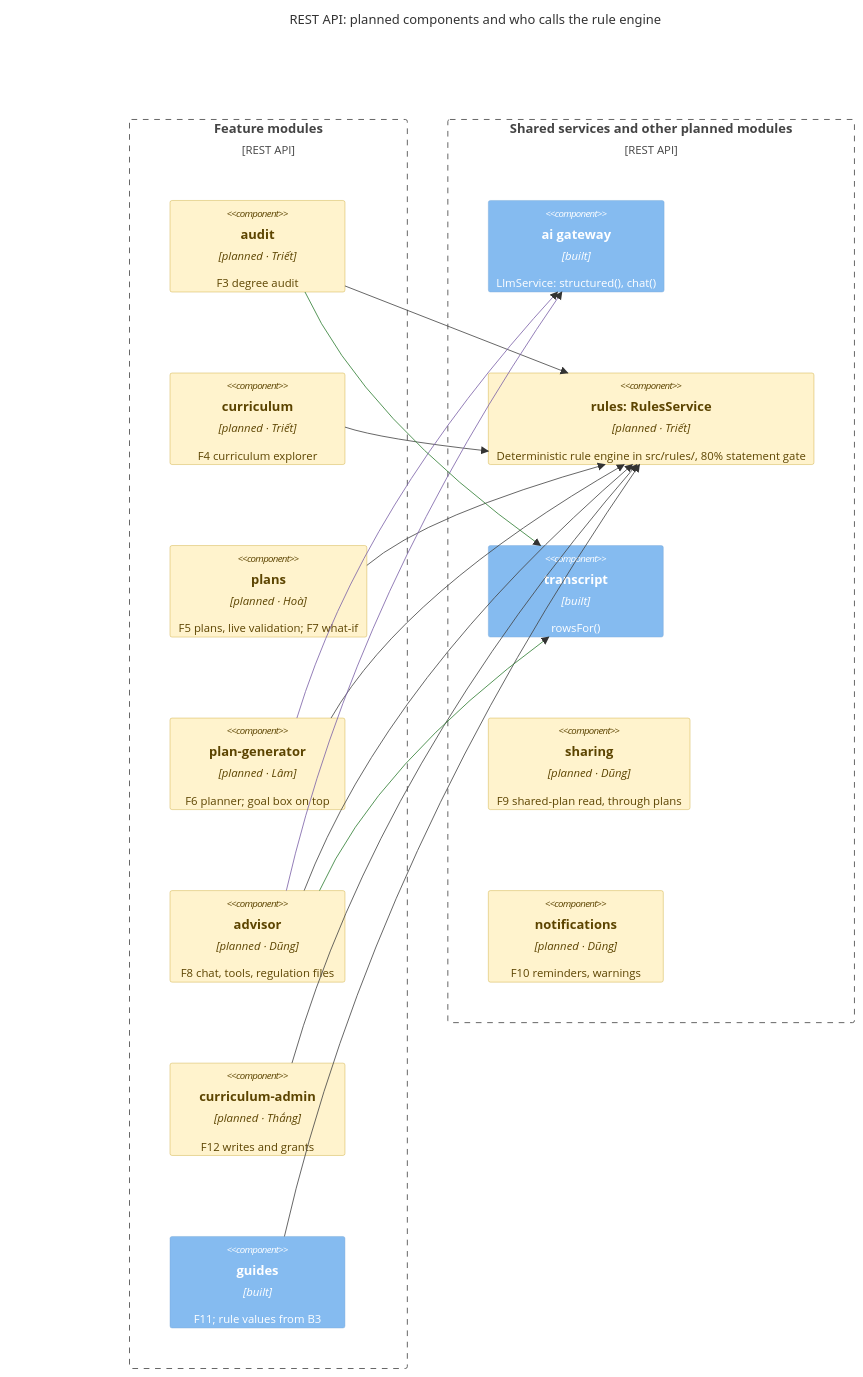
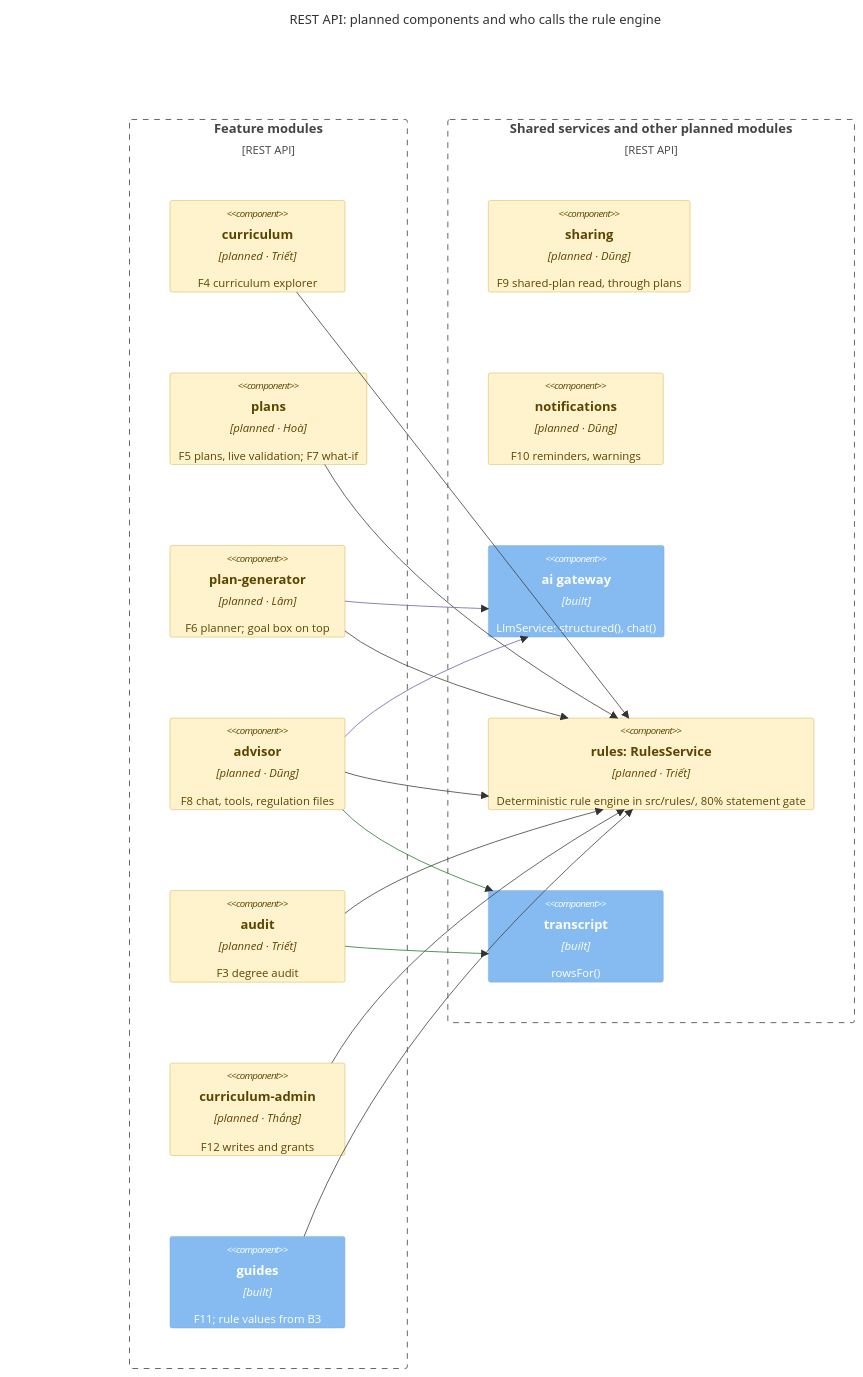
Before and after one commit to LLaammTTeerr/omnicourses: the fourth of 5 diagrams in docs/analysis-and-design/architecture.md, drawn with Mermaid. The commit also changed other lines of this file, not shown here.

First line of the commit message:
docs(architecture): untangle the c4 diagram layouts

````diff
--- a/docs/analysis-and-design/architecture.md
+++ b/docs/analysis-and-design/architecture.md
@@ -176,49 +188,49 @@
 ```mermaid
 C4Component
   title REST API: planned components and who calls the rule engine
   UpdateLayoutConfig($c4ShapeInRow="1", $c4BoundaryInRow="2")
 
   Boundary(callers, "Feature modules", "REST API") {
-    Component(audit, "audit", "planned · Triết", "F3 degree audit")
     Component(explorer, "curriculum", "planned · Triết", "F4 curriculum explorer")
     Component(plans, "plans", "planned · Hoà", "F5 plans, live validation; F7 what-if")
     Component(plangen, "plan-generator", "planned · Lâm", "F6 planner; goal box on top")
     Component(advisor, "advisor", "planned · Dũng", "F8 chat, tools, regulation files")
+    Component(audit, "audit", "planned · Triết", "F3 degree audit")
     Component(admin, "curriculum-admin", "planned · Thắng", "F12 writes and grants")
     Component(guides, "guides", "built", "F11; rule values from B3")
   }
   Boundary(core, "Shared services and other planned modules", "REST API") {
+    Component(sharing, "sharing", "planned · Dũng", "F9 shared-plan read, through plans")
+    Component(notifications, "notifications", "planned · Dũng", "F10 reminders, warnings")
     Component(ai, "ai gateway", "built", "LlmService: structured(), chat()")
     Component(rules, "rules: RulesService", "planned · Triết", "Deterministic rule engine in src/rules/, 80% statement gate")
     Component(transcript, "transcript", "built", "rowsFor()")
-    Component(sharing, "sharing", "planned · Dũng", "F9 shared-plan read, through plans")
-    Component(notifications, "notifications", "planned · Dũng", "F10 reminders, warnings")
   }
 
-  Rel(audit, rules, "")
   Rel(explorer, rules, "")
+  Rel(guides, rules, "")
   Rel(plans, rules, "")
   Rel(plangen, rules, "")
   Rel(advisor, rules, "")
+  Rel(audit, rules, "")
   Rel(admin, rules, "")
-  Rel(guides, rules, "")
   Rel(plangen, ai, "")
   Rel(advisor, ai, "")
   Rel(audit, transcript, "")
   Rel(advisor, transcript, "")
 
   UpdateRelStyle(plangen, ai, $lineColor="#7b61a8")
   UpdateRelStyle(advisor, ai, $lineColor="#7b61a8")
   UpdateRelStyle(audit, transcript, $lineColor="#2e7d32")
   UpdateRelStyle(advisor, transcript, $lineColor="#2e7d32")
 
   UpdateElementStyle(audit, $bgColor="#fff3cd", $fontColor="#5c4400", $borderColor="#c9a227")
   UpdateElementStyle(explorer, $bgColor="#fff3cd", $fontColor="#5c4400", $borderColor="#c9a227")
   UpdateElementStyle(plans, $bgColor="#fff3cd", $fontColor="#5c4400", $borderColor="#c9a227")
   UpdateElementStyle(plangen, $bgColor="#fff3cd", $fontColor="#5c4400", $borderColor="#c9a227")
   UpdateElementStyle(rules, $bgColor="#fff3cd", $fontColor="#5c4400", $borderColor="#c9a227")
   UpdateElementStyle(advisor, $bgColor="#fff3cd", $fontColor="#5c4400", $borderColor="#c9a227")
   UpdateElementStyle(admin, $bgColor="#fff3cd", $fontColor="#5c4400", $borderColor="#c9a227")
   UpdateElementStyle(sharing, $bgColor="#fff3cd", $fontColor="#5c4400", $borderColor="#c9a227")
   UpdateElementStyle(notifications, $bgColor="#fff3cd", $fontColor="#5c4400", $borderColor="#c9a227")
 ```
````
